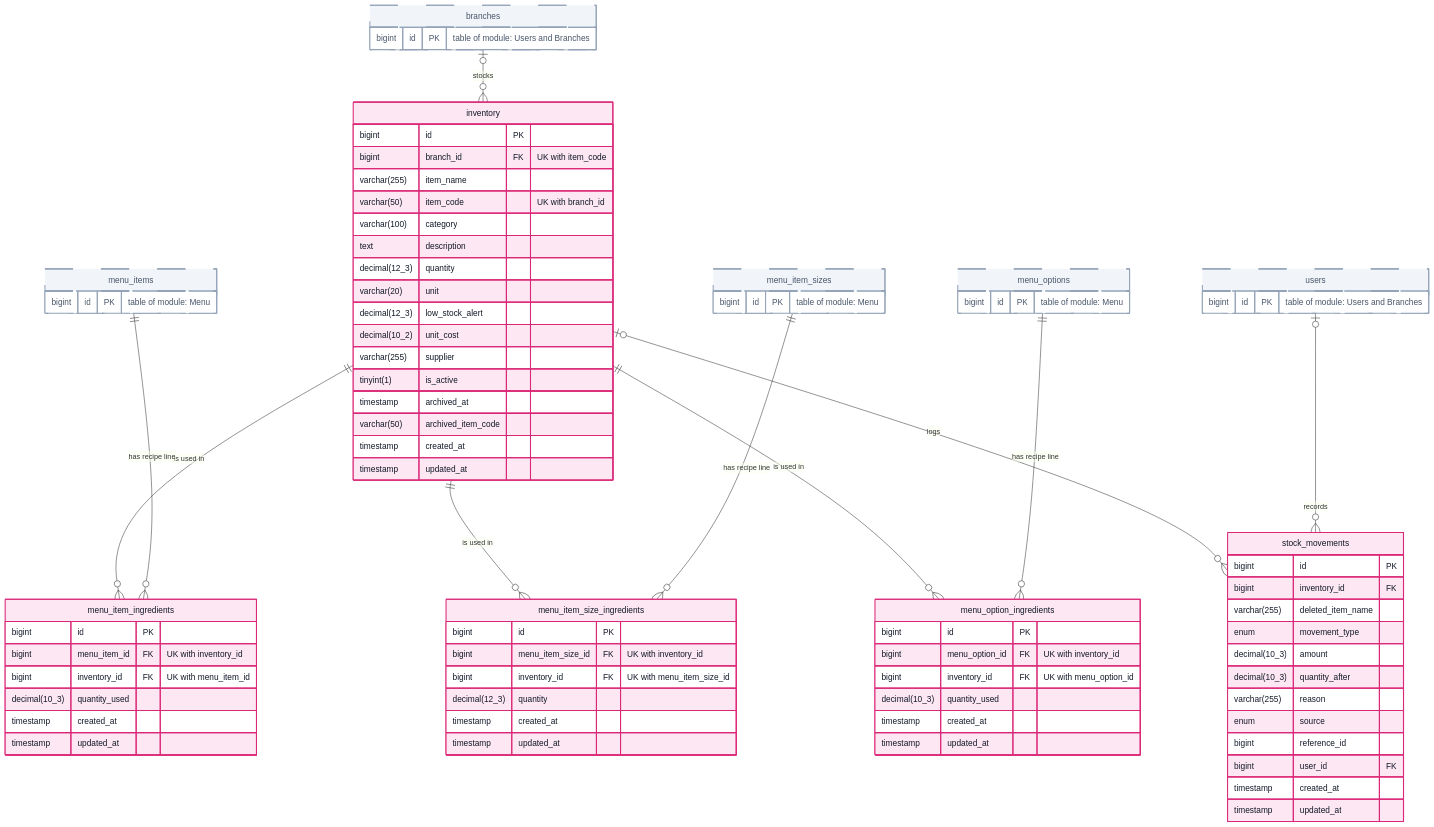
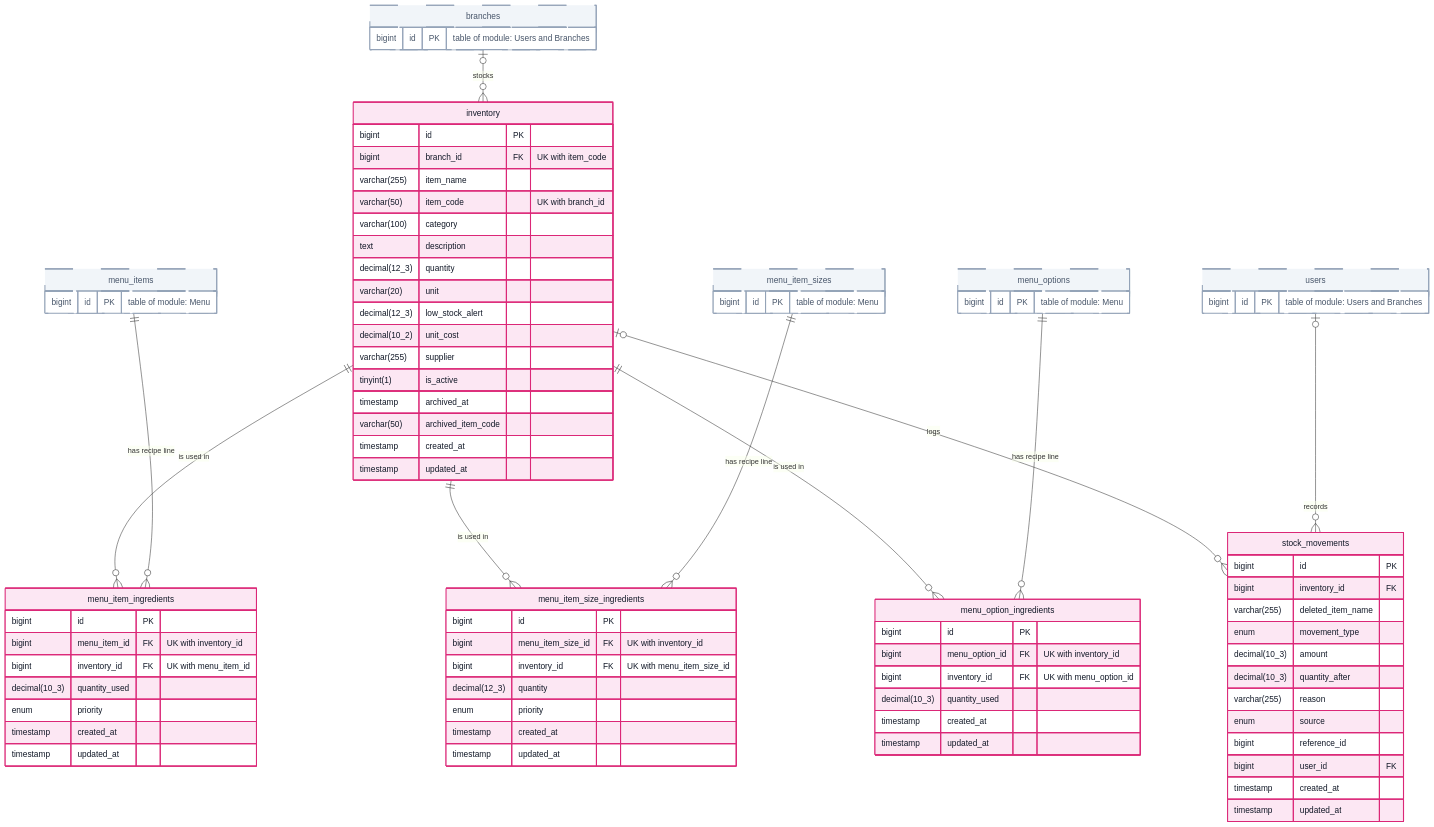
One commit to DuckonSteroidzz/POMIDA changed the diagram in docs/erd/mmd/04-inventory.mmd. Above: the diagram before and after it, drawn with Mermaid. The commit also changed 86 other files, not shown here.

```diff
--- a/docs/erd/mmd/04-inventory.mmd
+++ b/docs/erd/mmd/04-inventory.mmd
@@ -1,94 +1,96 @@
-%% POMIDA ERD - POMIDA — Module 4: Inventory - generated 2026-10-22 from pomida_db
+%% POMIDA ERD - POMIDA — Module 4: Inventory - generated 2026-10-31 from pomida_db_testing
 %% Solid line = database foreign key. Dotted line = model-only relationship (Eloquent, no database FK).
 %% In this source "decimal(10_2)" stands for decimal(10,2): Mermaid cannot parse a comma inside a type.
 erDiagram
     inventory {
         bigint id PK
         bigint branch_id FK "UK with item_code"
         varchar(255) item_name
         varchar(50) item_code "UK with branch_id"
         varchar(100) category
         text description
         decimal(12_3) quantity
         varchar(20) unit
         decimal(12_3) low_stock_alert
         decimal(10_2) unit_cost
         varchar(255) supplier
         tinyint(1) is_active
         timestamp archived_at
         varchar(50) archived_item_code
         timestamp created_at
         timestamp updated_at
     }
     menu_item_ingredients {
         bigint id PK
         bigint menu_item_id FK "UK with inventory_id"
         bigint inventory_id FK "UK with menu_item_id"
         decimal(10_3) quantity_used
+        enum priority
         timestamp created_at
         timestamp updated_at
     }
     menu_item_size_ingredients {
         bigint id PK
         bigint menu_item_size_id FK "UK with inventory_id"
         bigint inventory_id FK "UK with menu_item_size_id"
         decimal(12_3) quantity
+        enum priority
         timestamp created_at
         timestamp updated_at
     }
     menu_option_ingredients {
         bigint id PK
         bigint menu_option_id FK "UK with inventory_id"
         bigint inventory_id FK "UK with menu_option_id"
         decimal(10_3) quantity_used
         timestamp created_at
         timestamp updated_at
     }
     stock_movements {
         bigint id PK
         bigint inventory_id FK
         varchar(255) deleted_item_name
         enum movement_type
         decimal(10_3) amount
         decimal(10_3) quantity_after
         varchar(255) reason
         enum source
         bigint reference_id
         bigint user_id FK
         timestamp created_at
         timestamp updated_at
     }
     branches {
         bigint id PK "table of module: Users and Branches"
     }
     menu_item_sizes {
         bigint id PK "table of module: Menu"
     }
     menu_items {
         bigint id PK "table of module: Menu"
     }
     menu_options {
         bigint id PK "table of module: Menu"
     }
     users {
         bigint id PK "table of module: Users and Branches"
     }
 
     branches |o--o{ inventory : "stocks"
     inventory ||--o{ menu_item_ingredients : "is used in"
     inventory ||--o{ menu_item_size_ingredients : "is used in"
     inventory ||--o{ menu_option_ingredients : "is used in"
     inventory |o--o{ stock_movements : "logs"
     menu_item_sizes ||--o{ menu_item_size_ingredients : "has recipe line"
     menu_items ||--o{ menu_item_ingredients : "has recipe line"
     menu_options ||--o{ menu_option_ingredients : "has recipe line"
     users |o--o{ stock_movements : "records"
 
     classDef mod_users fill:#dbeafe,stroke:#2563eb,stroke-width:2px,color:#111827
     classDef mod_menu fill:#fef3c7,stroke:#d97706,stroke-width:2px,color:#111827
     classDef mod_orders fill:#dcfce7,stroke:#16a34a,stroke-width:2px,color:#111827
     classDef mod_inventory fill:#fce7f3,stroke:#db2777,stroke-width:2px,color:#111827
     classDef mod_marketing fill:#ede9fe,stroke:#7c3aed,stroke-width:2px,color:#111827
     classDef ext fill:#f1f5f9,stroke:#94a3b8,stroke-width:2px,stroke-dasharray:5 4,color:#475569
     class inventory,menu_item_ingredients,menu_item_size_ingredients,menu_option_ingredients,stock_movements mod_inventory
     class branches,menu_item_sizes,menu_items,menu_options,users ext
```
